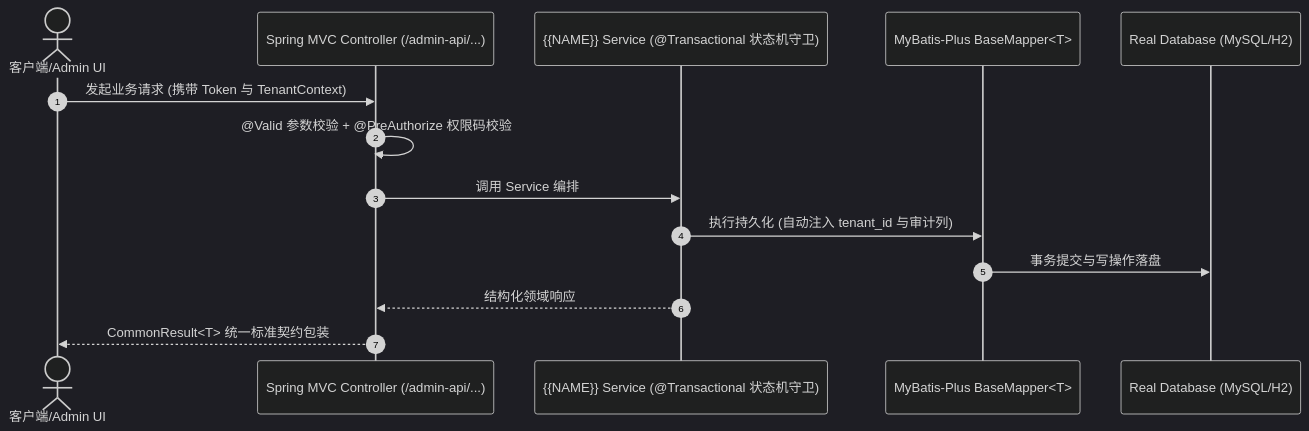
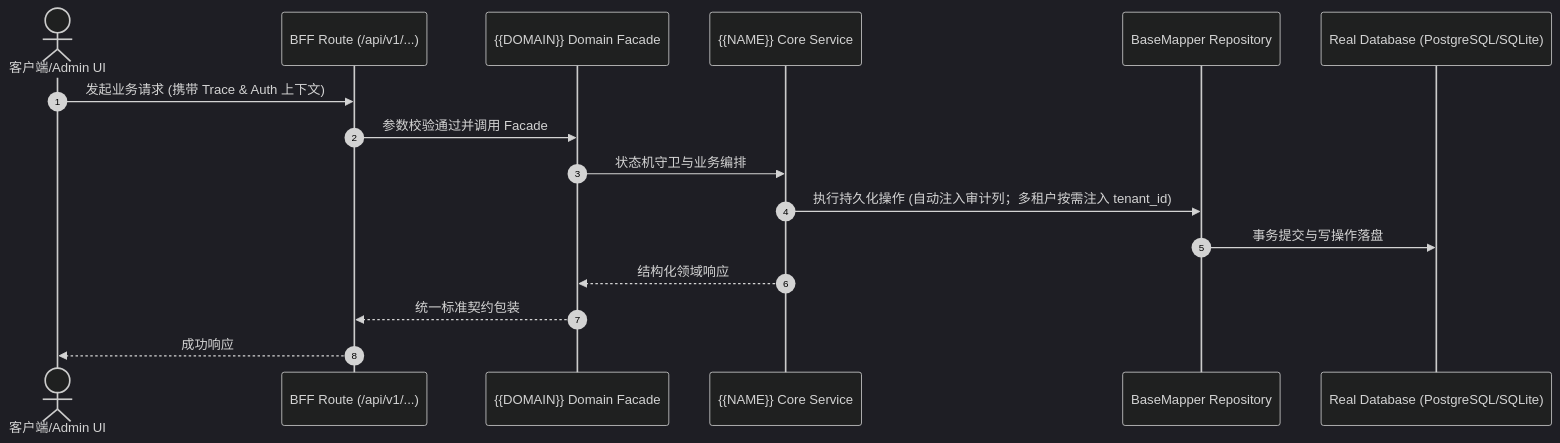
Before and after one commit to xaicd/yudao-quad-terminal: the diagram in .specify/templates/plan-template.md, drawn with Mermaid (dark theme). The commit also changed other lines of this file and 2 other files, not shown here.

````diff
--- a/.specify/templates/plan-template.md
+++ b/.specify/templates/plan-template.md
@@ -19,17 +19,19 @@
 ```mermaid
 sequenceDiagram
     autonumber
     actor User as 客户端/Admin UI
-    participant Ctrl as Spring MVC Controller (/admin-api/...)
-    participant Service as {{NAME}} Service (@Transactional 状态机守卫)
-    participant Repo as MyBatis-Plus BaseMapper<T>
-    participant DB as Real Database (MySQL/H2)
+    participant BFF as BFF Route (/api/v1/...)
+    participant Facade as {{DOMAIN}} Domain Facade
+    participant Service as {{NAME}} Core Service
+    participant Repo as BaseMapper Repository
+    participant DB as Real Database (PostgreSQL/SQLite)
 
-    User->>Ctrl: 发起业务请求 (携带 Token 与 TenantContext)
-    Ctrl->>Ctrl: @Valid 参数校验 + @PreAuthorize 权限码校验
-    Ctrl->>Service: 调用 Service 编排
-    Service->>Repo: 执行持久化 (自动注入 tenant_id 与审计列)
+    User->>BFF: 发起业务请求 (携带 Trace & Auth 上下文)
+    BFF->>Facade: 参数校验通过并调用 Facade
+    Facade->>Service: 状态机守卫与业务编排
+    Service->>Repo: 执行持久化操作 (自动注入审计列；多租户按需注入 tenant_id)
     Repo->>DB: 事务提交与写操作落盘
-    Service-->>Ctrl: 结构化领域响应
-    Ctrl-->>User: CommonResult<T> 统一标准契约包装
+    Service-->>Facade: 结构化领域响应
+    Facade-->>BFF: 统一标准契约包装
+    BFF-->>User: 成功响应
 ```
````
